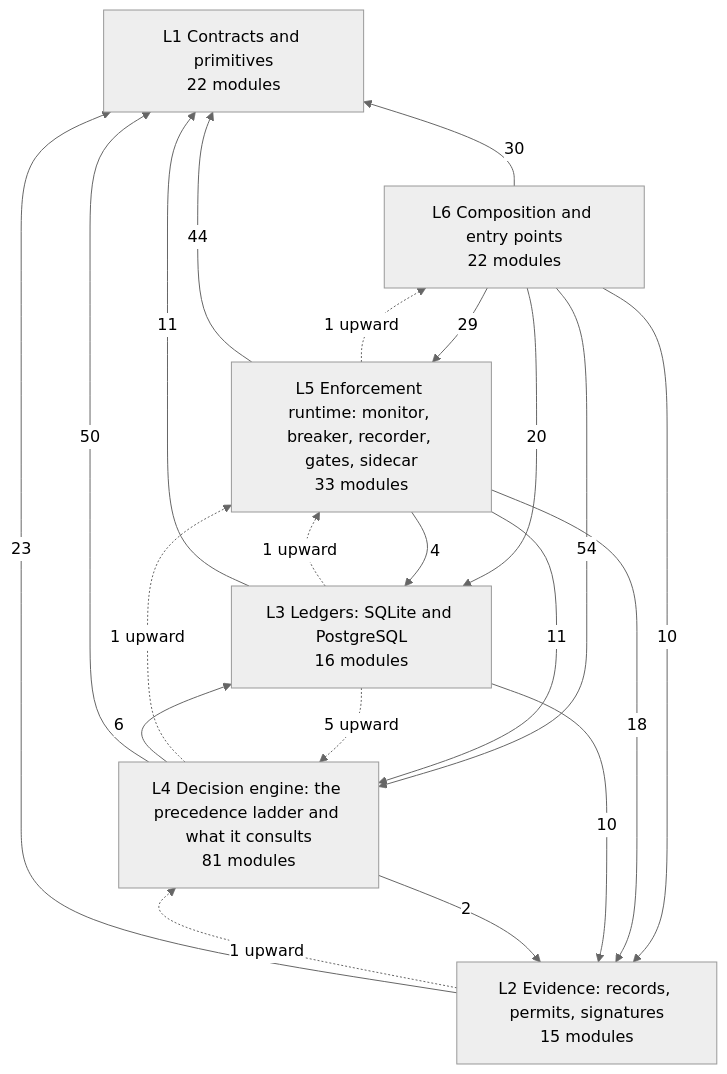
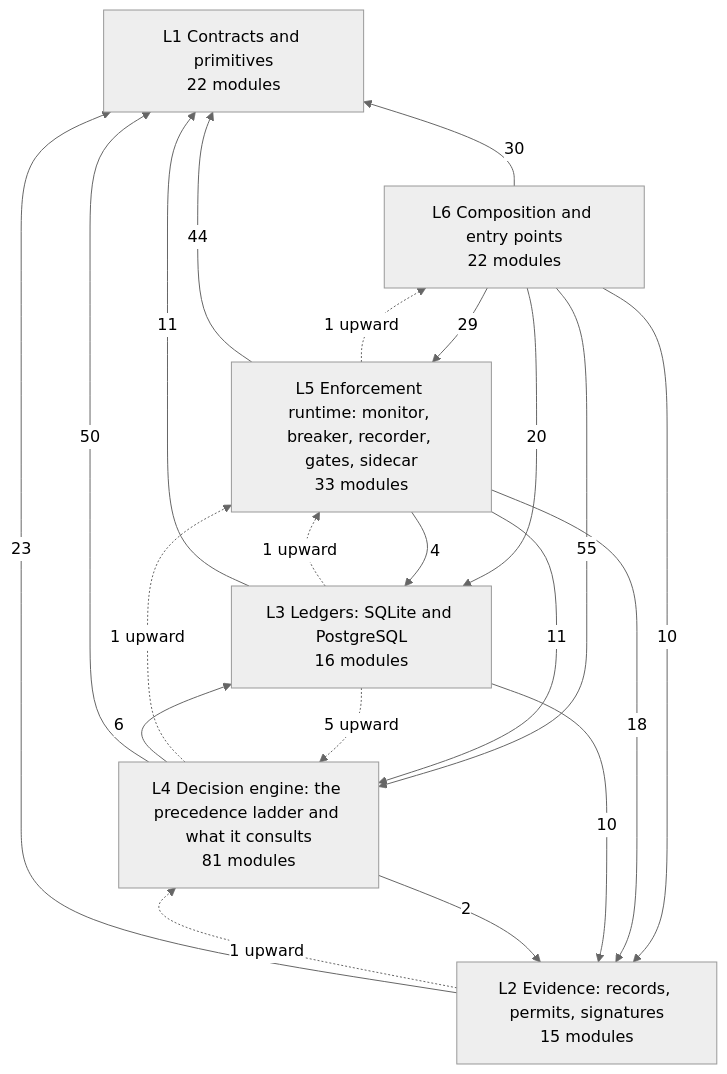
One commit to LOLA0786/privatevault-agent-dna changed the diagram in docs/architecture/DEPENDENCIES.md. Above: the diagram before and after it, drawn with Mermaid (neutral theme). The commit also changed other lines of this file and 15 other files, not shown here.

````diff
--- a/docs/architecture/DEPENDENCIES.md
+++ b/docs/architecture/DEPENDENCIES.md
@@ -12,29 +12,29 @@
 ```mermaid
 flowchart BT
   L1["L1 Contracts and primitives<br/>22 modules"]
   L2["L2 Evidence: records, permits, signatures<br/>15 modules"]
   L3["L3 Ledgers: SQLite and PostgreSQL<br/>16 modules"]
   L4["L4 Decision engine: the precedence ladder and what it consults<br/>81 modules"]
   L5["L5 Enforcement runtime: monitor, breaker, recorder, gates, sidecar<br/>33 modules"]
   L6["L6 Composition and entry points<br/>22 modules"]
   L2 -->|23| L1
   L3 -->|11| L1
   L3 -->|10| L2
   L4 -->|50| L1
   L4 -->|2| L2
   L4 -->|6| L3
   L5 -->|44| L1
   L5 -->|18| L2
   L5 -->|4| L3
   L5 -->|11| L4
   L6 -->|30| L1
   L6 -->|10| L2
   L6 -->|20| L3
-  L6 -->|54| L4
+  L6 -->|55| L4
   L6 -->|29| L5
   L2 -.->|1 upward| L4
   L3 -.->|5 upward| L4
   L3 -.->|1 upward| L5
   L4 -.->|1 upward| L5
   L5 -.->|1 upward| L6
 ```
````
